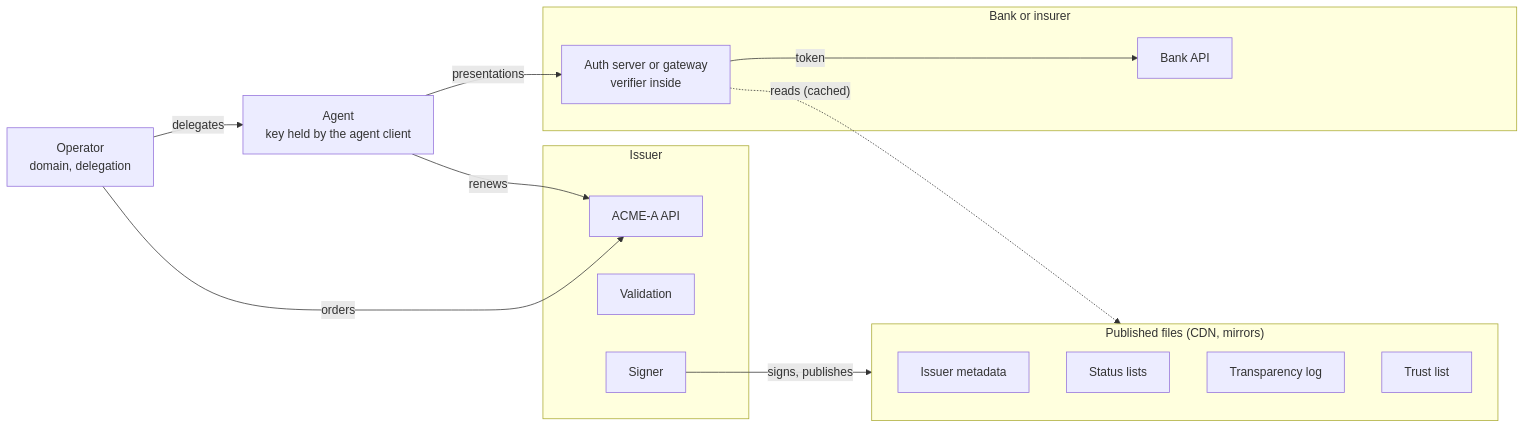
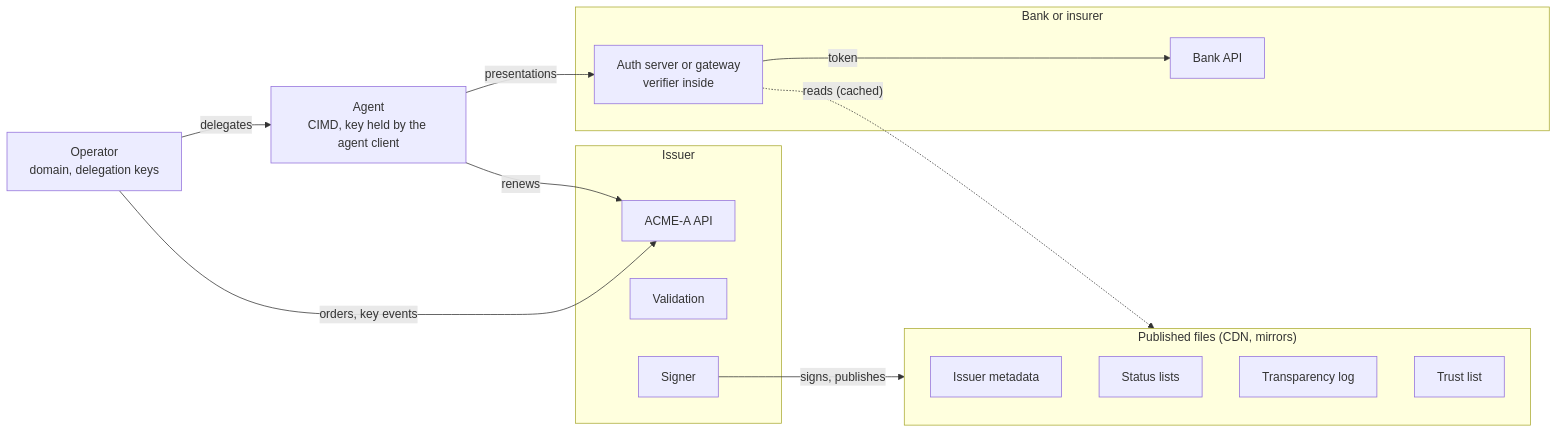
One commit to richard-craig/veridact changed the diagram in docs/specification.md. Above: the diagram before and after it, drawn with Mermaid. The commit also changed other lines of this file and 1 other file, not shown here.

First line of the commit message:
Specification v0.5: SD-JWT VC, HTTPS identifiers, key events and known assistants

````diff
--- a/docs/specification.md
+++ b/docs/specification.md
@@ -24,21 +76,21 @@
 ```mermaid
 flowchart LR
-    OP["Operator<br/>domain, delegation"]
-    AG["Agent<br/>key held by the agent client"]
+    OP["Operator<br/>domain, delegation keys"]
+    AG["Agent<br/>CIMD, key held by the agent client"]
     subgraph ISS["Issuer"]
         API["ACME-A API"]; VAL["Validation"]; SIG["Signer"]
     end
     subgraph PUB["Published files (CDN, mirrors)"]
         META["Issuer metadata"]; STAT["Status lists"]; LOG["Transparency log"]; TRUST["Trust list"]
     end
     subgraph RP["Bank or insurer"]
         AS["Auth server or gateway<br/>verifier inside"]; BAPI["Bank API"]
     end
-    OP -- "orders" --> API
+    OP -- "orders, key events" --> API
     OP -- "delegates" --> AG
     AG -- "renews" --> API
     SIG -- "signs, publishes" --> PUB
     AG -- "presentations" --> AS
     AS -- "token" --> BAPI
     AS -. "reads (cached)" .-> PUB
 ```
````
